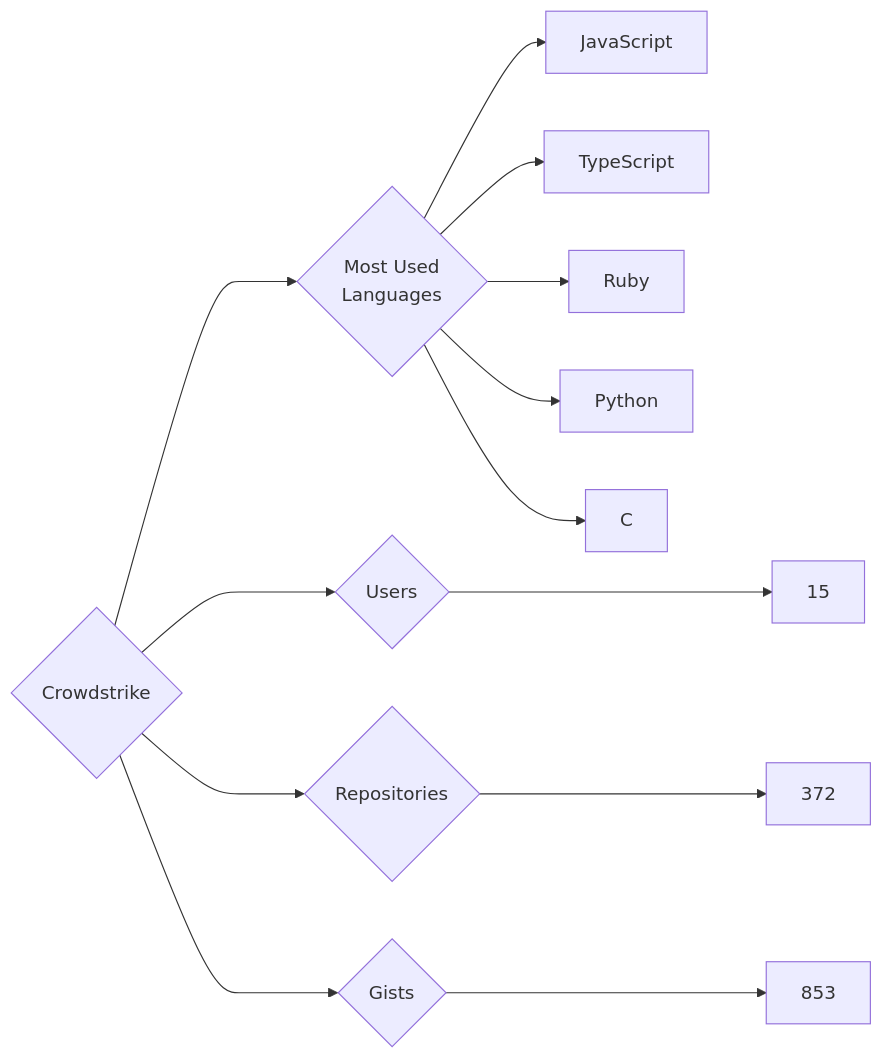
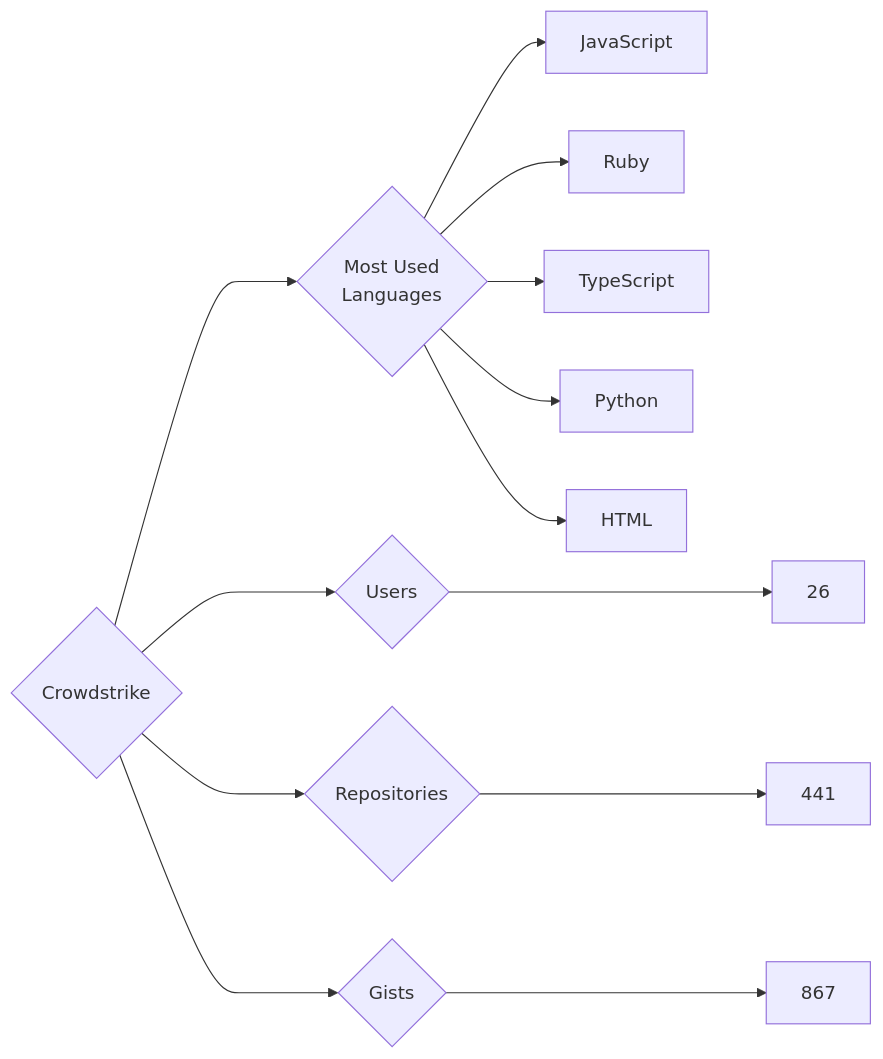
The diagram in targets/Crowdstrike/README.md (trickest/insiders), drawn with Mermaid before and after one commit. The commit also changed 679 other files, not shown here.

````diff
--- a/targets/Crowdstrike/README.md
+++ b/targets/Crowdstrike/README.md
@@ -3,13 +3,13 @@
 ```mermaid
 graph LR
 COMPANY_NAME{Crowdstrike}
-COMPANY_NAME ---> U{Users} ---> UN[15]
-COMPANY_NAME ---> R{Repositories} ---> RN[372]
-COMPANY_NAME ---> G{Gists} ---> GN[853]
+COMPANY_NAME ---> U{Users} ---> UN[26]
+COMPANY_NAME ---> R{Repositories} ---> RN[441]
+COMPANY_NAME ---> G{Gists} ---> GN[867]
 COMPANY_NAME ---> ML{Most Used<br>Languages}
 ML --> JavaScript[JavaScript]
+ML --> Ruby[Ruby]
 ML --> TypeScript[TypeScript]
-ML --> Ruby[Ruby]
 ML --> Python[Python]
-ML --> C[C]
+ML --> HTML[HTML]
 ```
````
